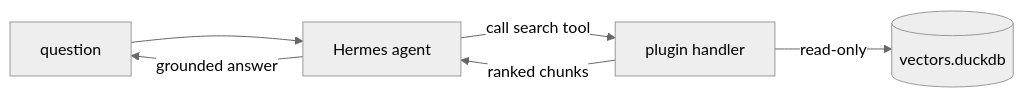
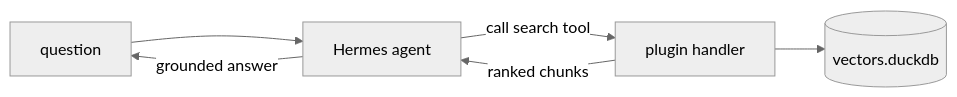
The diagram in documentation/hermes-guide.md (bernard357/duckdb-vectors), drawn with Mermaid (neutral theme) before and after one commit. The commit also changed other lines of this file and 41 other files, not shown here.

First line of the commit message:
refactor!: remove the read-only store concept package-wide

````diff
--- a/documentation/hermes-guide.md
+++ b/documentation/hermes-guide.md
@@ -16,8 +16,8 @@
 ```mermaid
 flowchart LR
     User[question] --> Hermes[Hermes agent]
     Hermes -->|call search tool| Handler[plugin handler]
-    Handler -->|read-only| DB[(vectors.duckdb)]
+    Handler --> DB[(vectors.duckdb)]
     Handler -->|ranked chunks| Hermes
     Hermes -->|grounded answer| User
 ```
````
